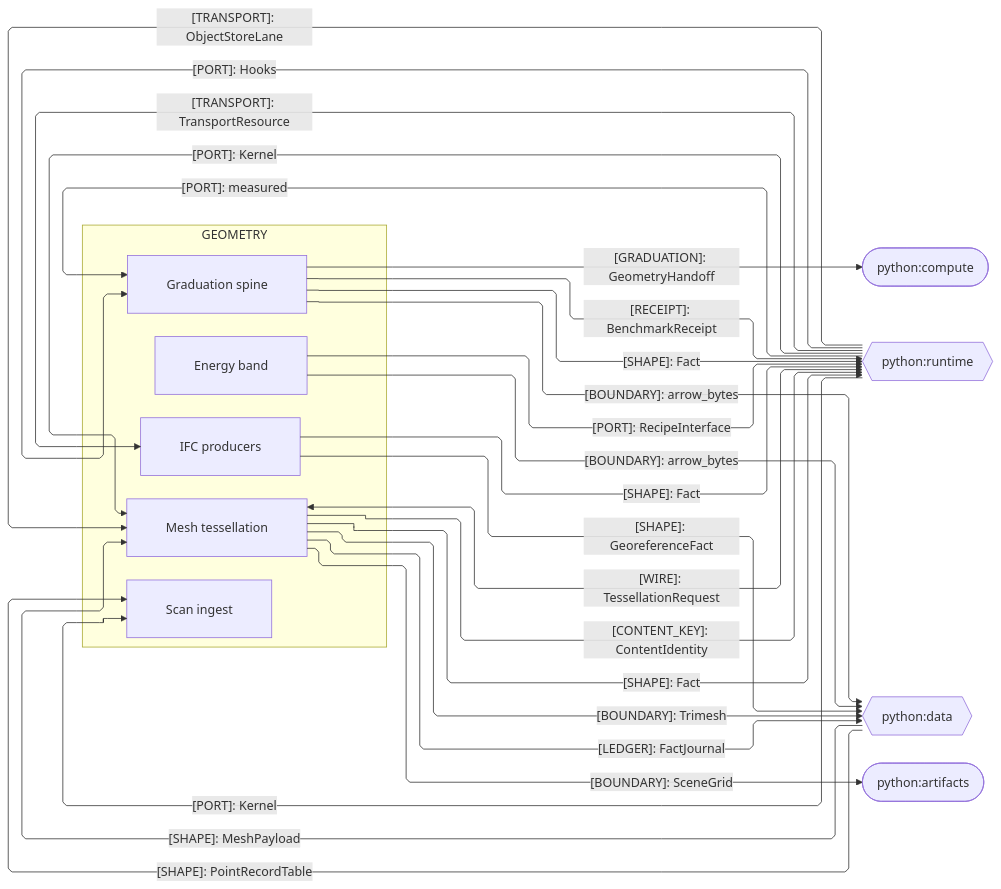
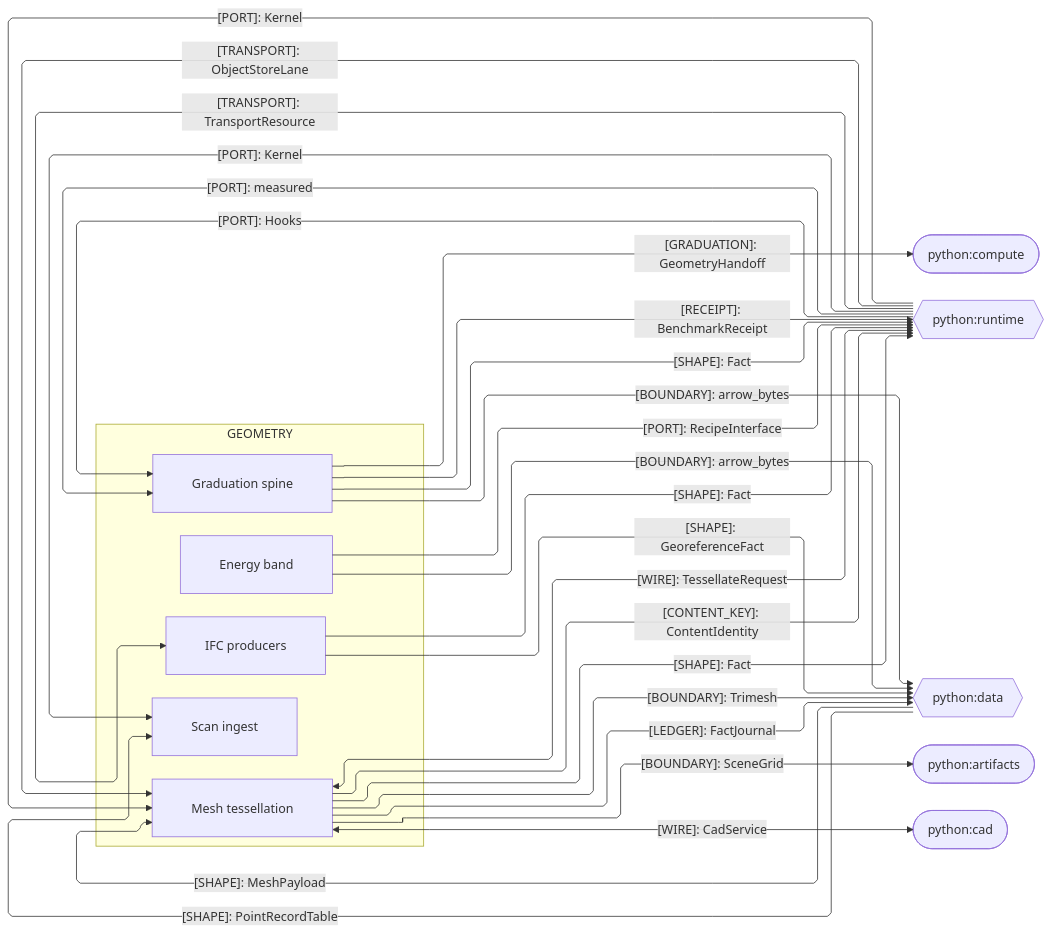
The third of 4 diagrams in libs/python/geometry/ARCHITECTURE.md (bsamiee/Rasm), drawn with Mermaid before and after one commit. The commit also changed other lines of this file and 820 other files, not shown here.

````diff
--- a/libs/python/geometry/ARCHITECTURE.md
+++ b/libs/python/geometry/ARCHITECTURE.md
@@ -122,45 +121,47 @@
 ```mermaid
 ---
 config:
   layout: elk
   flowchart:
     curve: linear
     padding: 25
 ---
 flowchart LR
     accTitle: Geometry Python sibling seams
     accDescr: Geometry sub-domain owners exchanging graduation receipts, payloads, ports, and kernel crossings with the Python siblings.
     subgraph geometry[GEOMETRY]
         Graduation[Graduation spine]
         Mesh[Mesh tessellation]
         Ifc[IFC producers]
         Scan[Scan ingest]
         Energy[Energy band]
     end
     Compute([python:compute])
     Runtime{{python:runtime}}
     Data{{python:data}}
     Artifacts([python:artifacts])
+    Cad([python:cad])
     Graduation e1@-->|"[GRADUATION]: GeometryHandoff"| Compute
     Graduation e2@-->|"[BOUNDARY]: arrow_bytes"| Data
-    Mesh e3@<-->|"[WIRE]: TessellationRequest"| Runtime
+    Mesh e3@<-->|"[WIRE]: TessellateRequest"| Runtime
     Mesh e4@-->|"[CONTENT_KEY]: ContentIdentity"| Runtime
     Data e5@-->|"[SHAPE]: MeshPayload"| Mesh
     Mesh e6@-->|"[BOUNDARY]: Trimesh"| Data
     Mesh e7@-->|"[BOUNDARY]: SceneGrid"| Artifacts
     Data e8@-->|"[SHAPE]: PointRecordTable"| Scan
     Energy e9@-->|"[PORT]: RecipeInterface"| Runtime
     Energy e10@-->|"[BOUNDARY]: arrow_bytes"| Data
     Graduation e11@-->|"[RECEIPT]: BenchmarkReceipt"| Runtime
     Runtime e12@-->|"[TRANSPORT]: ObjectStoreLane"| Mesh
     Mesh e13@-->|"[LEDGER]: FactJournal"| Data
     Graduation e14@-->|"[SHAPE]: Fact"| Runtime
     Ifc e15@-->|"[SHAPE]: GeoreferenceFact"| Data
     Ifc e16@-->|"[SHAPE]: Fact"| Runtime
     Mesh e17@-->|"[SHAPE]: Fact"| Runtime
     Runtime e18@-->|"[PORT]: Kernel"| Mesh
     Runtime e19@-->|"[PORT]: Kernel"| Scan
     Runtime e20@-->|"[PORT]: measured"| Graduation
     Runtime e21@-->|"[PORT]: Hooks"| Graduation
     Runtime e22@-->|"[TRANSPORT]: TransportResource"| Ifc
+    Mesh e23@<-->|"[WIRE]: CadService"| Cad
 ```
````
